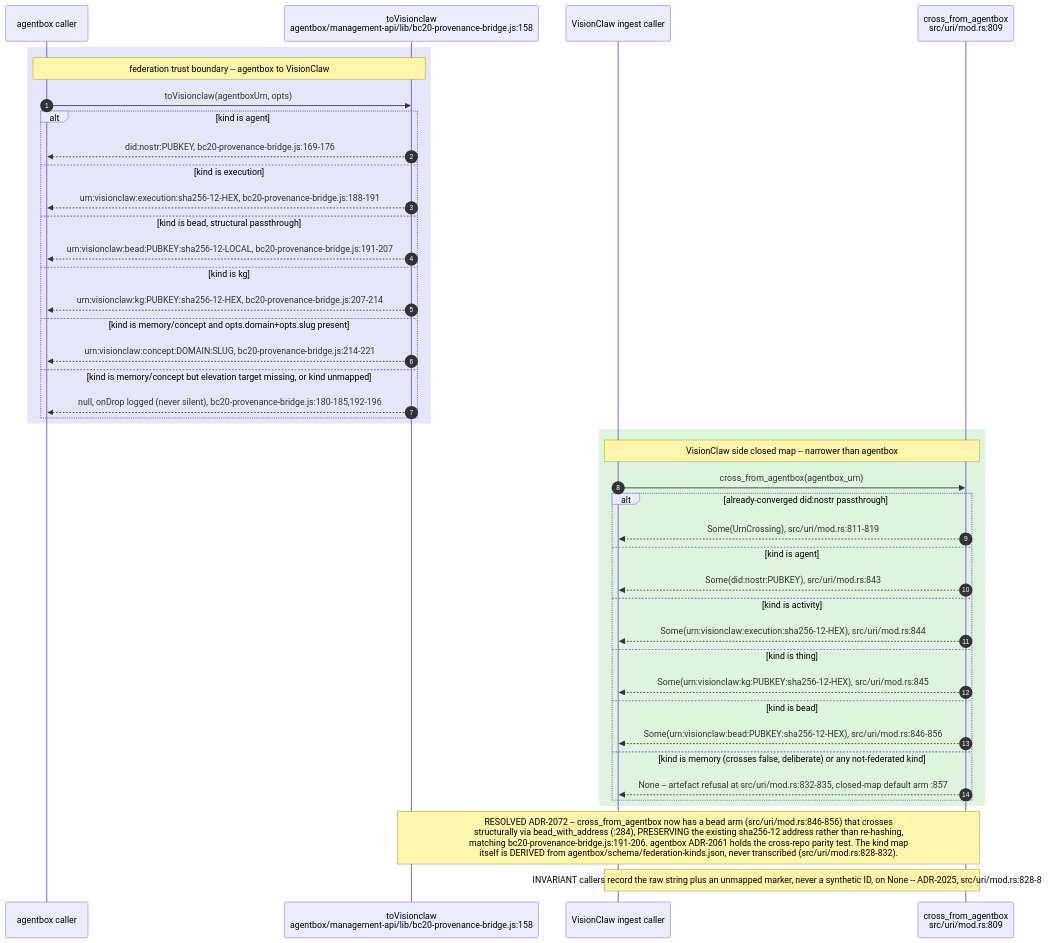
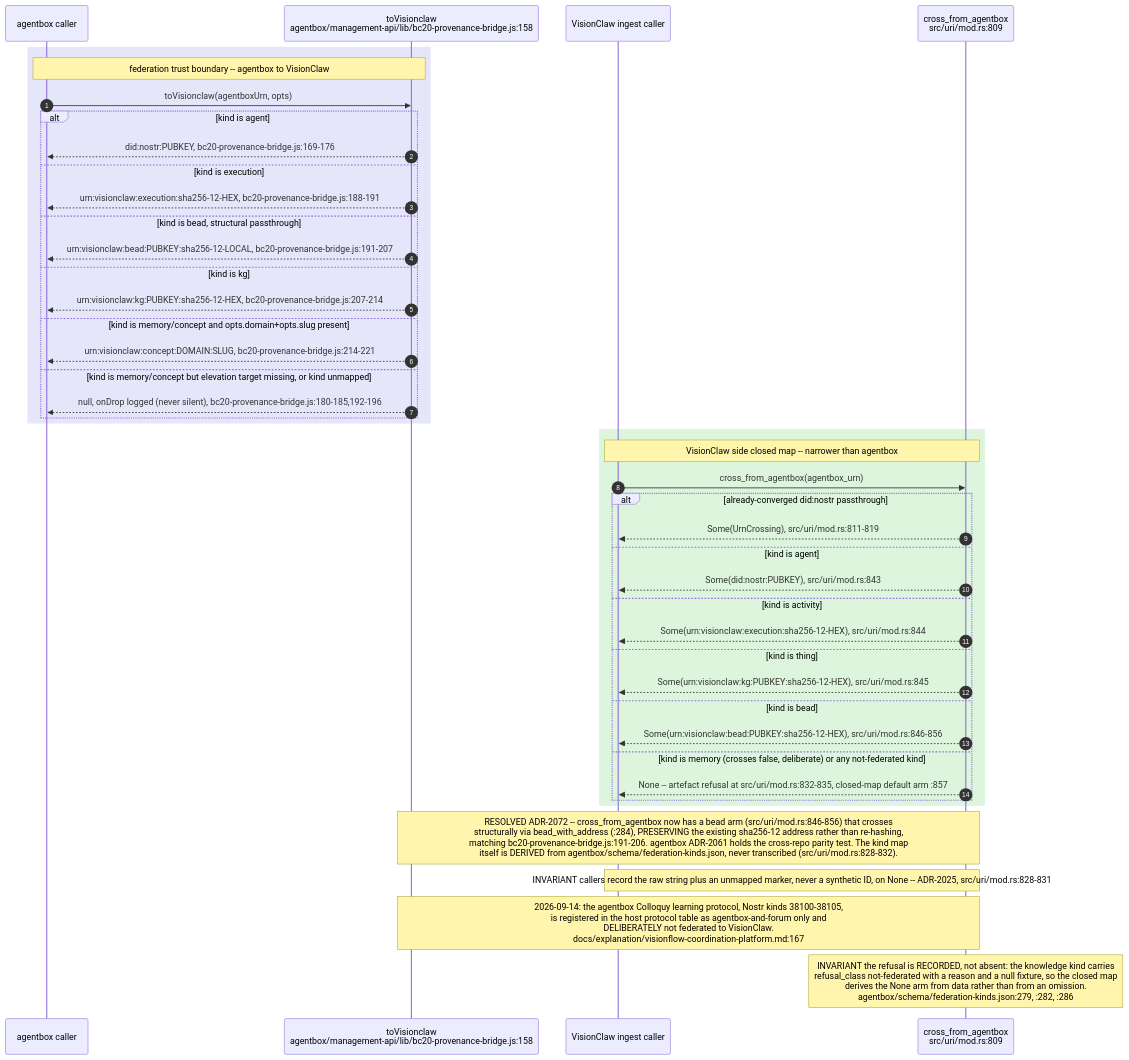
One commit to DreamLab-AI/VisionFlow changed the sixth of 10 diagrams in docs/diagrams/visionclaw/23-identifiers-urn-did-sha12.md. Above: the diagram before and after it, drawn with Mermaid. The commit also changed other lines of this file and 32 other files, not shown here.

````diff
--- a/docs/diagrams/visionclaw/23-identifiers-urn-did-sha12.md
+++ b/docs/diagrams/visionclaw/23-identifiers-urn-did-sha12.md
@@ -229,44 +231,46 @@
 ```mermaid
 sequenceDiagram
     autonumber
     participant CallerAB as agentbox caller
     participant JS as toVisionclaw<br/>agentbox/management-api/lib/bc20-provenance-bridge.js:158
     participant CallerVC as VisionClaw ingest caller
     participant RS as cross_from_agentbox<br/>src/uri/mod.rs:809
     rect rgb(230,230,250)
     Note over CallerAB,JS: federation trust boundary -- agentbox to VisionClaw
     CallerAB->>JS: toVisionclaw(agentboxUrn, opts)
     alt kind is agent
         JS-->>CallerAB: did:nostr:PUBKEY, bc20-provenance-bridge.js:169-176
     else kind is execution
         JS-->>CallerAB: urn:visionclaw:execution:sha256-12-HEX, bc20-provenance-bridge.js:188-191
     else kind is bead, structural passthrough
         JS-->>CallerAB: urn:visionclaw:bead:PUBKEY:sha256-12-LOCAL, bc20-provenance-bridge.js:191-207
     else kind is kg
         JS-->>CallerAB: urn:visionclaw:kg:PUBKEY:sha256-12-HEX, bc20-provenance-bridge.js:207-214
     else kind is memory/concept and opts.domain+opts.slug present
         JS-->>CallerAB: urn:visionclaw:concept:DOMAIN:SLUG, bc20-provenance-bridge.js:214-221
     else kind is memory/concept but elevation target missing, or kind unmapped
         JS-->>CallerAB: null, onDrop logged (never silent), bc20-provenance-bridge.js:180-185,192-196
     end
     end
     rect rgb(220,245,220)
     Note over CallerVC,RS: VisionClaw side closed map -- narrower than agentbox
     CallerVC->>RS: cross_from_agentbox(agentbox_urn)
     alt already-converged did:nostr passthrough
         RS-->>CallerVC: Some(UrnCrossing), src/uri/mod.rs:811-819
     else kind is agent
         RS-->>CallerVC: Some(did:nostr:PUBKEY), src/uri/mod.rs:843
     else kind is activity
         RS-->>CallerVC: Some(urn:visionclaw:execution:sha256-12-HEX), src/uri/mod.rs:844
     else kind is thing
         RS-->>CallerVC: Some(urn:visionclaw:kg:PUBKEY:sha256-12-HEX), src/uri/mod.rs:845
     else kind is bead
         RS-->>CallerVC: Some(urn:visionclaw:bead:PUBKEY:sha256-12-HEX), src/uri/mod.rs:846-856
     else kind is memory (crosses false, deliberate) or any not-federated kind
         RS-->>CallerVC: None -- artefact refusal at src/uri/mod.rs:832-835, closed-map default arm :857
     end
     end
     Note over JS,RS: RESOLVED ADR-2072 -- cross_from_agentbox now has a bead arm (src/uri/mod.rs:846-856) that crosses<br/>structurally via bead_with_address (:284), PRESERVING the existing sha256-12 address rather than re-hashing,<br/>matching bc20-provenance-bridge.js:191-206. agentbox ADR-2061 holds the cross-repo parity test. The kind map<br/>itself is DERIVED from agentbox/schema/federation-kinds.json, never transcribed (src/uri/mod.rs:828-832).
     Note over CallerVC,RS: INVARIANT callers record the raw string plus an unmapped marker, never a synthetic ID, on None -- ADR-2025, src/uri/mod.rs:828-831
+    Note over JS,RS: 2026-09-14: the agentbox Colloquy learning protocol, Nostr kinds 38100-38105,<br/>is registered in the host protocol table as agentbox-and-forum only and<br/>DELIBERATELY not federated to VisionClaw.<br/>docs/explanation/visionflow-coordination-platform.md:167
+    Note over RS: INVARIANT the refusal is RECORDED, not absent: the knowledge kind carries<br/>refusal_class not-federated with a reason and a null fixture, so the closed map<br/>derives the None arm from data rather than from an omission.<br/>agentbox/schema/federation-kinds.json:279, :282, :286
 ```
````
